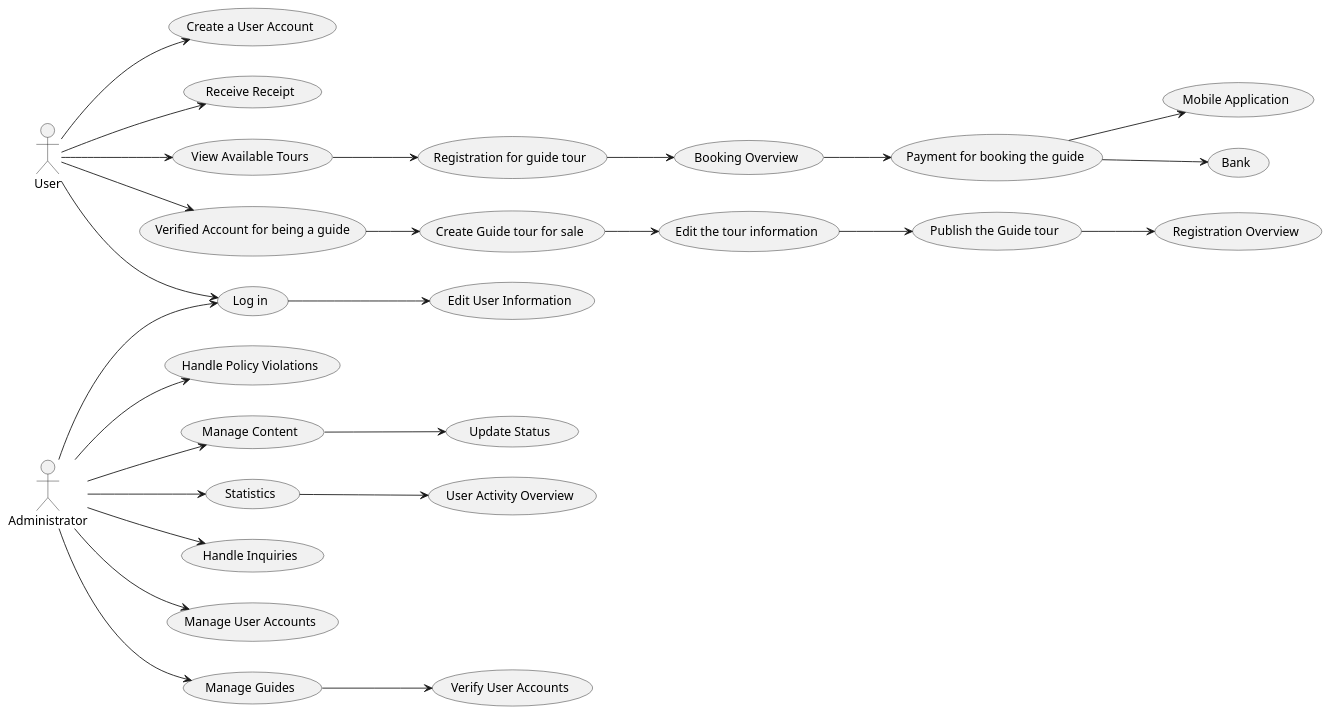
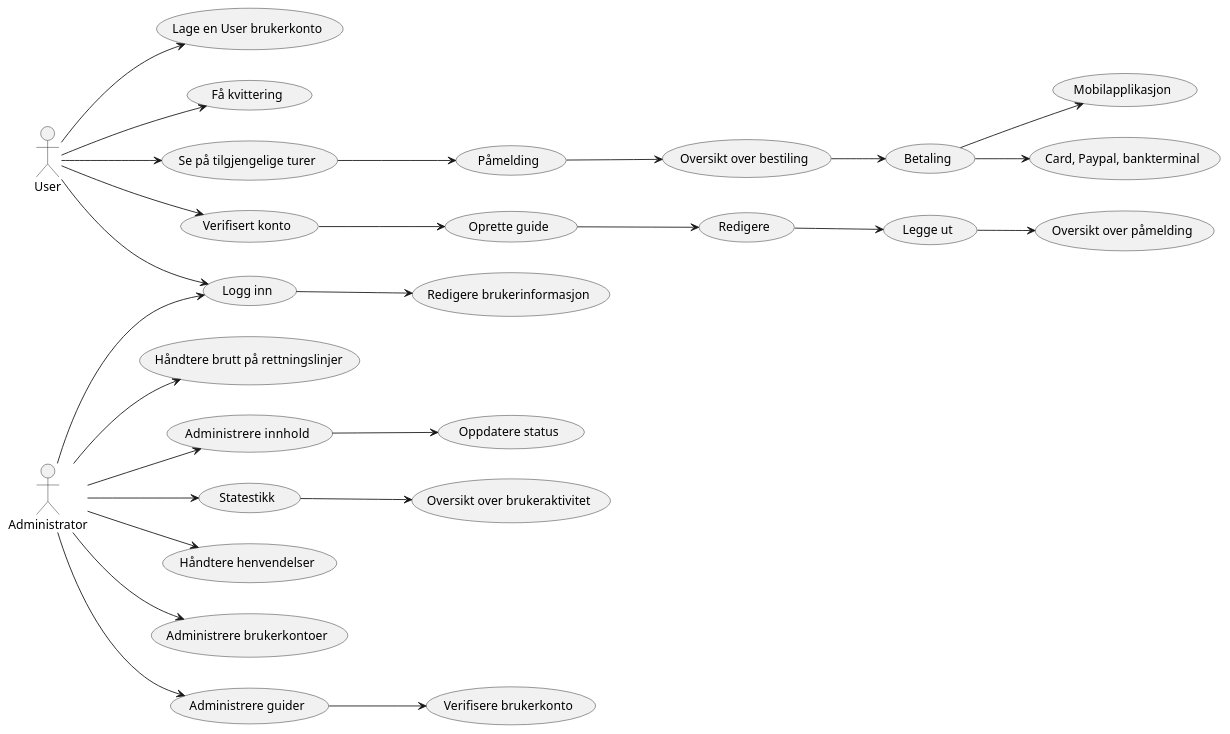
One commit to khadijo/Group18.YourGuide.Prototype changed the diagram in use-case_diagram.puml. Above: the diagram before and after it, drawn with PlantUML. The commit also changed 11 other files, not shown here.

Commit message:
Implement MVC Architecture, and made a python package for templates, to enable flaks implementation and uploaded the final Use-case diagram, that has more descriptive variables

```diff
--- a/use-case_diagram.puml
+++ b/use-case_diagram.puml
@@ -1,34 +1,36 @@
 @startuml
 left to right direction
-
 :User: as User
 :Administrator: as Admin
+Admin --> (Logg inn)
+User --> (Logg inn)
+Admin --> (Administrere guider)
+(Administrere guider) --> (Verifisere brukerkonto)
+Admin --> (Håndtere brutt på rettningslinjer)
+Admin --> (Administrere  innhold)
+(Administrere  innhold) --> (Oppdatere status)
 
-Admin --> (Log in)
-User --> (Log in)
 
-Admin --> (Manage Guides)
-(Manage Guides) --> (Verify User Accounts)
-Admin --> (Handle Policy Violations)
-Admin --> (Manage Content)
-(Manage Content) --> (Update Status)
-Admin --> (Statistics)
-(Statistics) --> (User Activity Overview)
-Admin --> (Handle Inquiries)
-User --> (Verified Account for being a guide)
-Admin --> (Manage User Accounts)
-User --> (Create a User Account)
-User --> (Receive Receipt)
-(Log in) --> (Edit User Information)
-(Verified Account for being a guide) --> (Create Guide tour for sale)
-(Create Guide tour for sale) --> (Edit the tour information)
-(Edit the tour information) --> (Publish the Guide tour)
-(Publish the Guide tour) --> (Registration Overview)
-User --> (View Available Tours)
-(View Available Tours) --> (Registration for guide tour)
-(Registration for guide tour) --> (Booking Overview)
-(Booking Overview) --> (Payment for booking the guide)
-(Payment for booking the guide) --> (Bank)
-(Payment for booking the guide) --> (Mobile Application)
+
+Admin --> (Statestikk)
+(Statestikk) --> (Oversikt over brukeraktivitet)
+
+Admin --> (Håndtere henvendelser)
+User --> (Verifisert konto)
+
+Admin --> (Administrere brukerkontoer)
+User --> (Lage en User brukerkonto)
+User --> (Få kvittering)
+(Logg inn) --> (Redigere brukerinformasjon)
+(Verifisert konto) --> (Oprette guide)
+(Oprette guide) --> (Redigere)
+(Redigere) --> (Legge ut)
+(Legge ut) --> (Oversikt over påmelding)
+User --> (Se på tilgjengelige turer)
+(Se på tilgjengelige turer) --> (Påmelding)
+(Påmelding) --> (Oversikt over bestiling)
+(Oversikt over bestiling) --> (Betaling)
+(Betaling) --> (Card, Paypal, bankterminal)
+(Betaling) --> (Mobilapplikasjon)
 
 @enduml
```
